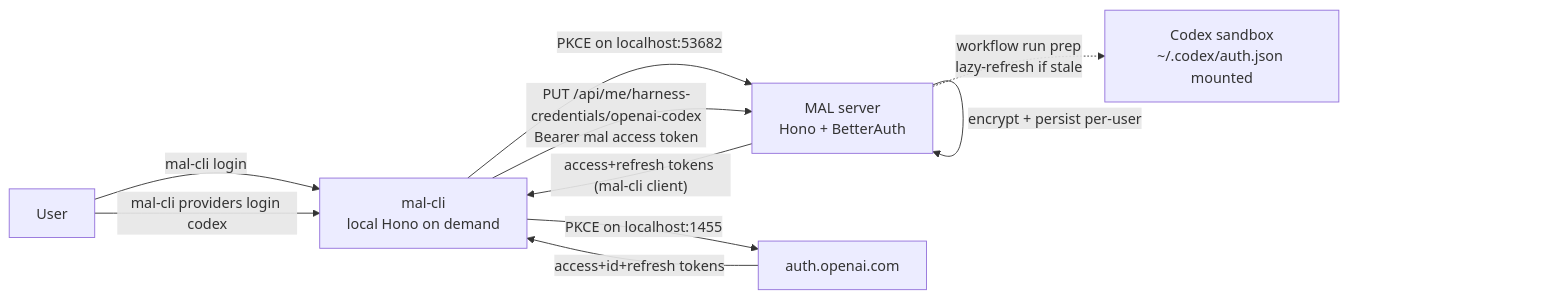
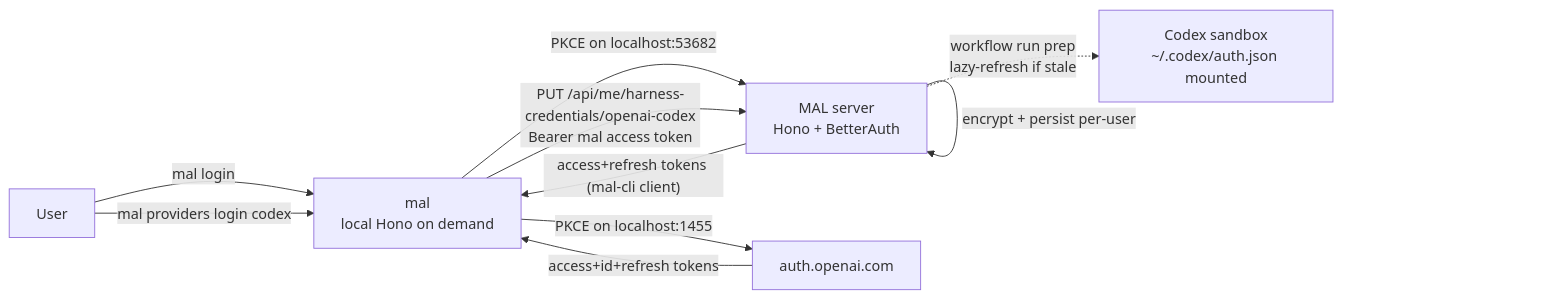
Before and after one commit to Huddo121/My-Agent-Loop: the diagram in .cursor/plans/codex_oauth_via_mal-cli_e2b85113.plan.md, drawn with Mermaid. The commit also changed other lines of this file and 13 other files, not shown here.

Commit message:
Rename user-facing MAL CLI command

````diff
--- a/.cursor/plans/codex_oauth_via_mal-cli_e2b85113.plan.md
+++ b/.cursor/plans/codex_oauth_via_mal-cli_e2b85113.plan.md
@@ -76,18 +76,18 @@
 ```mermaid
 flowchart LR
     user[User]
-    cli[mal-cli<br/>local Hono on demand]
+    cli[mal<br/>local Hono on demand]
     server[MAL server<br/>Hono + BetterAuth]
     openai[auth.openai.com]
     sandbox[Codex sandbox<br/>~/.codex/auth.json mounted]
 
-    user -->|"mal-cli login"| cli
+    user -->|"mal login"| cli
     cli -->|"PKCE on localhost:53682"| server
     server -->|"access+refresh tokens (mal-cli client)"| cli
-    user -->|"mal-cli providers login codex"| cli
+    user -->|"mal providers login codex"| cli
     cli -->|"PKCE on localhost:1455"| openai
     openai -->|"access+id+refresh tokens"| cli
     cli -->|"PUT /api/me/harness-credentials/openai-codex<br/>Bearer mal access token"| server
     server -->|"encrypt + persist per-user"| server
     server -.->|"workflow run prep<br/>lazy-refresh if stale"| sandbox
 ```
````
